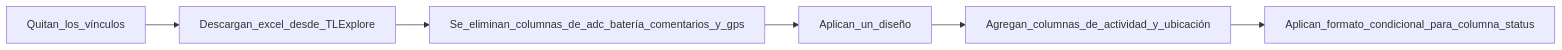
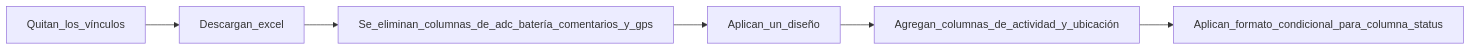
The second of 2 diagrams in documentation/docs/proyectos/tractores/documentacion/procesos.md (CodeAnd-Co/Documentacion), drawn with Mermaid before and after one commit. The commit also changed other lines of this file and 4 other files, not shown here.

````diff
--- a/documentation/docs/proyectos/tractores/documentacion/procesos.md
+++ b/documentation/docs/proyectos/tractores/documentacion/procesos.md
@@ -18,8 +18,8 @@
 ```mermaid
 graph LR;
-    Quitan_los_vínculos --> Descargan_excel_desde_TLExplore;
-    Descargan_excel_desde_TLExplore --> Se_eliminan_columnas_de_adc_batería_comentarios_y_gps;
+    Quitan_los_vínculos --> Descargan_excel;
+    Descargan_excel --> Se_eliminan_columnas_de_adc_batería_comentarios_y_gps;
     Se_eliminan_columnas_de_adc_batería_comentarios_y_gps --> Aplican_un_diseño;
     Aplican_un_diseño --> Agregan_columnas_de_actividad_y_ubicación;
     Agregan_columnas_de_actividad_y_ubicación --> Aplican_formato_condicional_para_columna_status;
 ```
````
